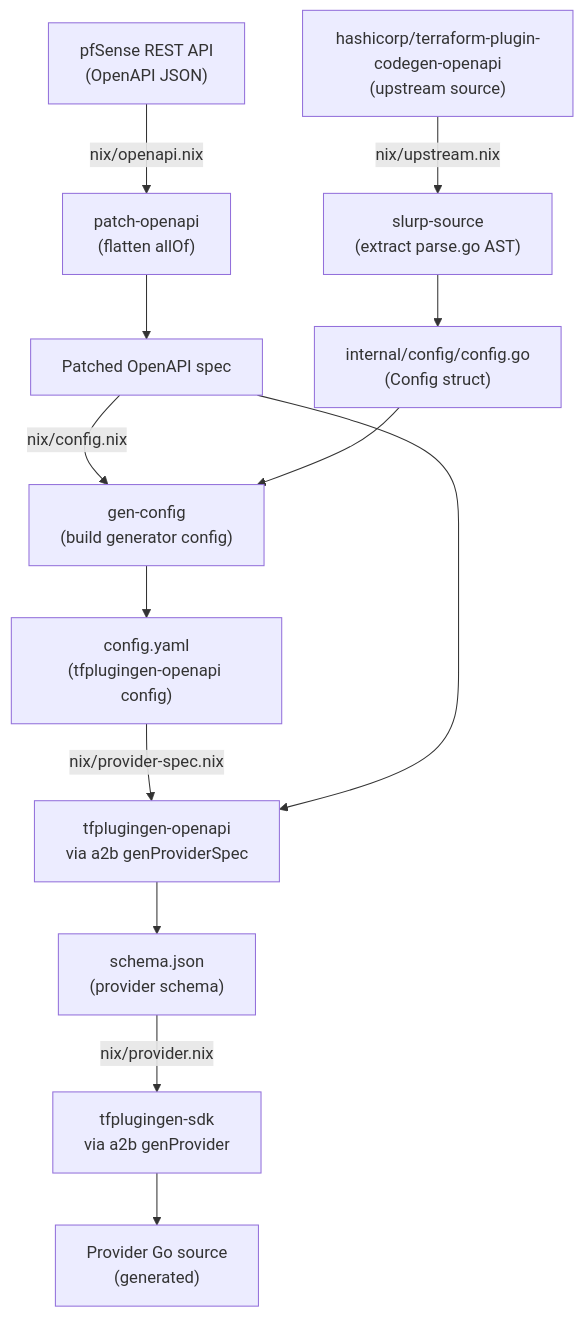
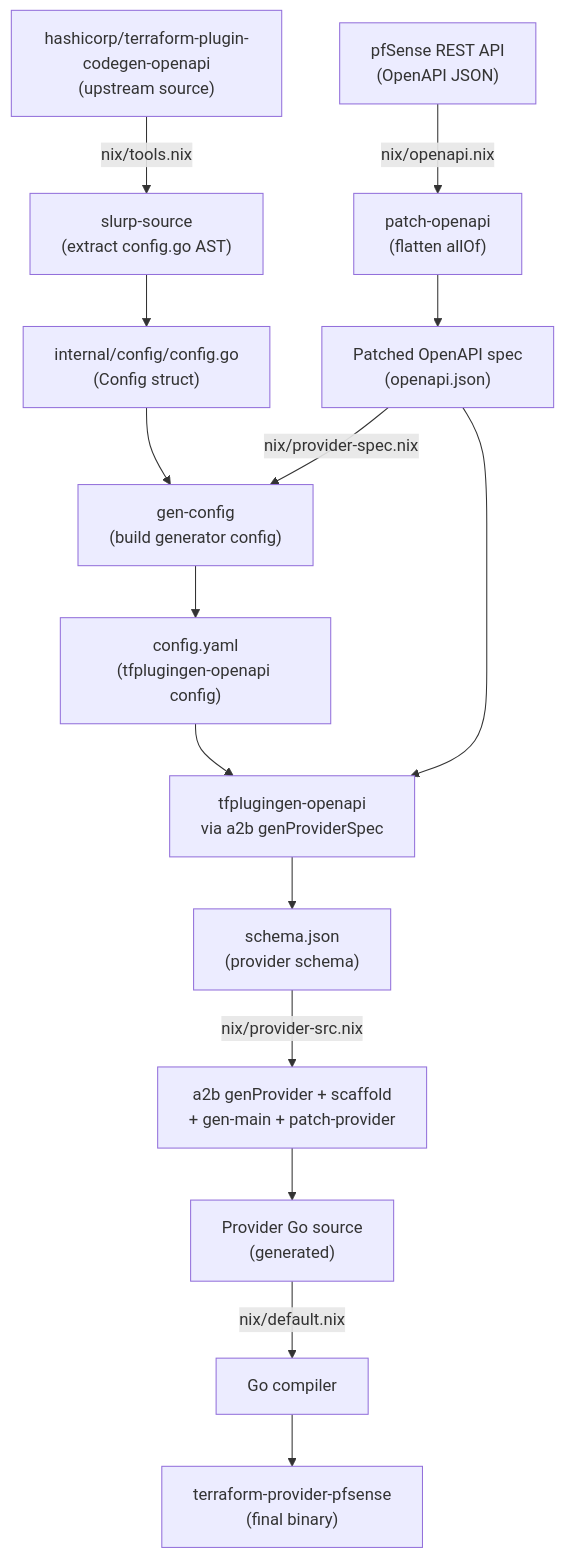
One commit to UnstoppableMango/terraform-provider-pfsense changed the diagram in README.md. Above: the diagram before and after it, drawn with Mermaid. The commit also changed other lines of this file, not shown here.

First line of the commit message:
docs: fix README — accurate pipeline diagram and stage references (#18)

````diff
--- a/README.md
+++ b/README.md
@@ -21,28 +17,32 @@
 ```mermaid
 flowchart TD
     A["pfSense REST API\n(OpenAPI JSON)"]
     B["patch-openapi\n(flatten allOf)"]
-    C["Patched OpenAPI spec"]
+    C["Patched OpenAPI spec\n(openapi.json)"]
     D["gen-config\n(build generator config)"]
     E["config.yaml\n(tfplugingen-openapi config)"]
     F["tfplugingen-openapi\nvia a2b genProviderSpec"]
     G["schema.json\n(provider schema)"]
-    H["tfplugingen-sdk\nvia a2b genProvider"]
+    H["a2b genProvider + scaffold\n+ gen-main + patch-provider"]
     I["Provider Go source\n(generated)"]
-    J["slurp-source\n(extract parse.go AST)"]
+    J["slurp-source\n(extract config.go AST)"]
     K["hashicorp/terraform-plugin-codegen-openapi\n(upstream source)"]
     L["internal/config/config.go\n(Config struct)"]
+    M["Go compiler"]
+    N["terraform-provider-pfsense\n(final binary)"]
 
+    K -->|"nix/tools.nix"| J
+    J --> L
+    L --> D
     A -->|"nix/openapi.nix"| B
     B --> C
-    C -->|"nix/config.nix"| D
+    C -->|"nix/provider-spec.nix"| D
     D --> E
-    K -->|"nix/upstream.nix"| J
-    J --> L
-    L --> D
-    E -->|"nix/provider-spec.nix"| F
+    E --> F
     C --> F
     F --> G
-    G -->|"nix/provider.nix"| H
+    G -->|"nix/provider-src.nix"| H
     H --> I
+    I -->|"nix/default.nix"| M
+    M --> N
 ```
````
